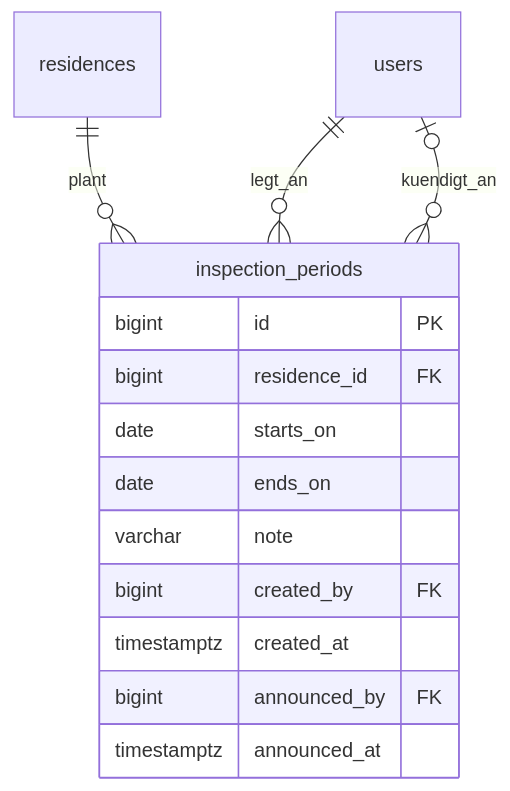
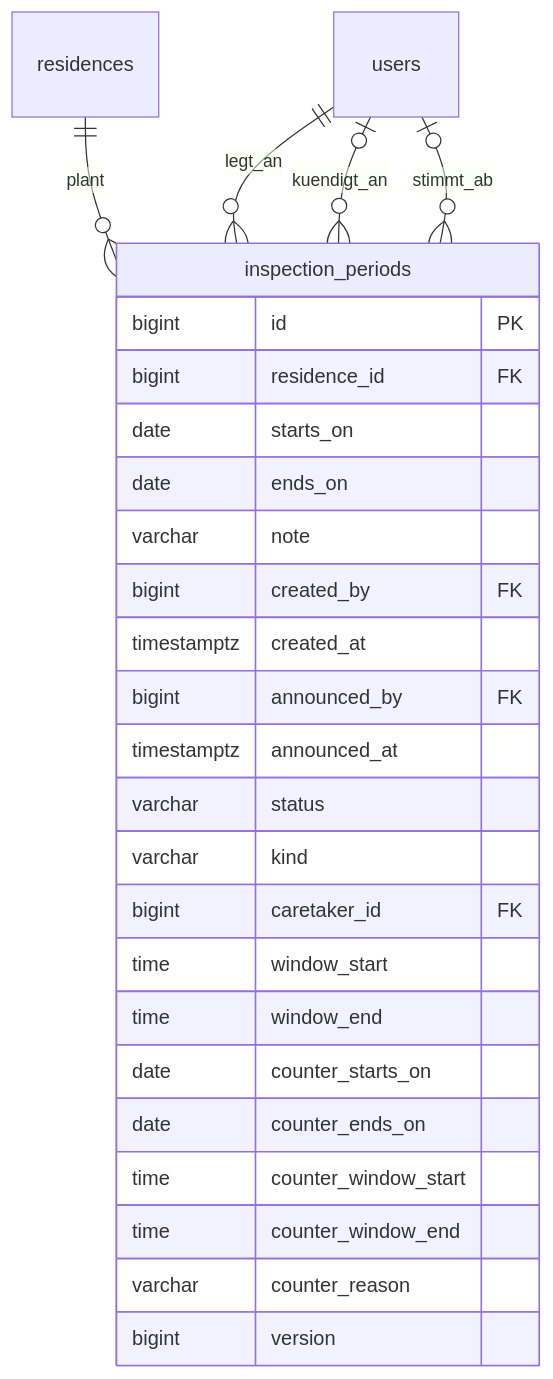
The fifth of 10 diagrams in docs/architektur/datenmodell.md (Sybit-Education/AUME2026), drawn with Mermaid before and after one commit. The commit also changed other lines of this file and 23 other files, not shown here.

Commit message:
feat: plan and coordinate inspection periods (US-17)

````diff
--- a/docs/architektur/datenmodell.md
+++ b/docs/architektur/datenmodell.md
@@ -188,18 +188,30 @@
 ```mermaid
 erDiagram
     residences ||--o{ inspection_periods : plant
     users ||--o{ inspection_periods : legt_an
     users |o--o{ inspection_periods : kuendigt_an
+    users |o--o{ inspection_periods : stimmt_ab
 
     inspection_periods {
         bigint id PK
         bigint residence_id FK
         date starts_on
         date ends_on
         varchar note
         bigint created_by FK
         timestamptz created_at
         bigint announced_by FK
         timestamptz announced_at
+        varchar status
+        varchar kind
+        bigint caretaker_id FK
+        time window_start
+        time window_end
+        date counter_starts_on
+        date counter_ends_on
+        time counter_window_start
+        time counter_window_end
+        varchar counter_reason
+        bigint version
     }
 ```
````
